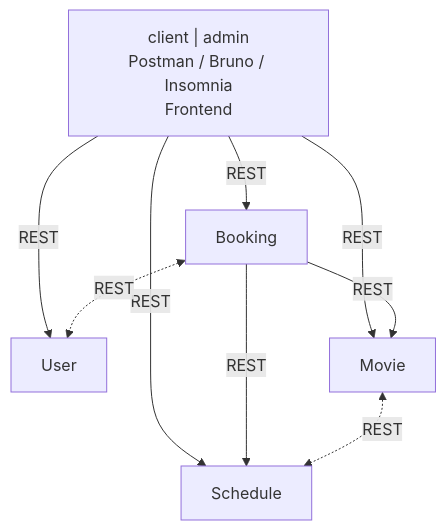
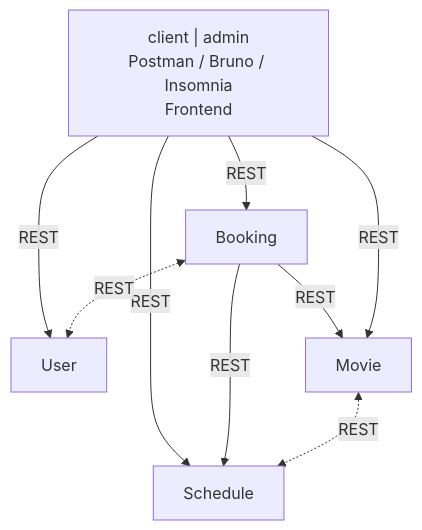
Before and after one commit to lboeglin/UE-AD-A1-REST: the diagram in README.md, drawn with Mermaid. The commit also changed other lines of this file, not shown here.

````diff
--- a/README.md
+++ b/README.md
@@ -50,20 +38,20 @@
 ```mermaid
 flowchart TD
     Client["client | admin<br/>Postman / Bruno / Insomnia<br/>Frontend"]
 
     User
     Booking
+    Movie
     Schedule
-    Movie
 
     Client -->|REST| User
     Client -->|REST| Booking
     Client -->|REST| Schedule
-    Client -->|REST| Movie
 
     Booking -->|REST| Movie
+    Client -->|REST| Movie
     Booking -->|REST| Schedule
 
     Booking <-.->|REST| User
     Movie <-.->|REST| Schedule
 ```
````
